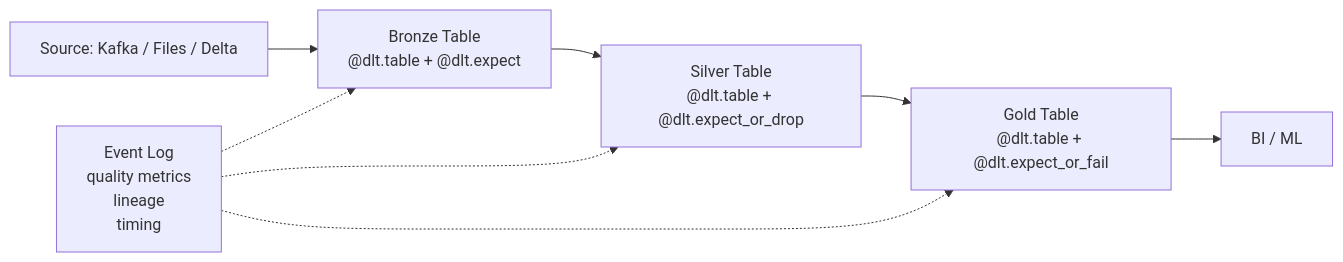
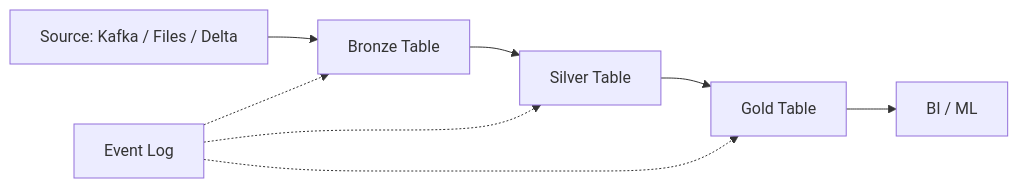
Before and after one commit to gcmishra7/data-engineering-helper: the diagram in 05-databricks/05-dlt-overview.md, drawn with Mermaid. The commit also changed other lines of this file and 57 other files, not shown here.

First line of the commit message:
Shorten mermaid node labels to fix text truncation on GitHub

````diff
--- a/05-databricks/05-dlt-overview.md
+++ b/05-databricks/05-dlt-overview.md
@@ -8,11 +8,11 @@
 ```mermaid
 graph LR
     S[Source: Kafka / Files / Delta] --> B
-    B[Bronze Table<br/>@dlt.table + @dlt.expect] --> SL
-    SL[Silver Table<br/>@dlt.table + @dlt.expect_or_drop] --> G
-    G[Gold Table<br/>@dlt.table + @dlt.expect_or_fail] --> BI[BI / ML]
+    B[Bronze Table] --> SL
+    SL[Silver Table] --> G
+    G[Gold Table] --> BI[BI / ML]
 
-    EL[Event Log<br/>quality metrics<br/>lineage<br/>timing] -.-> B
+    EL[Event Log] -.-> B
     EL -.-> SL
     EL -.-> G
 ```
````
